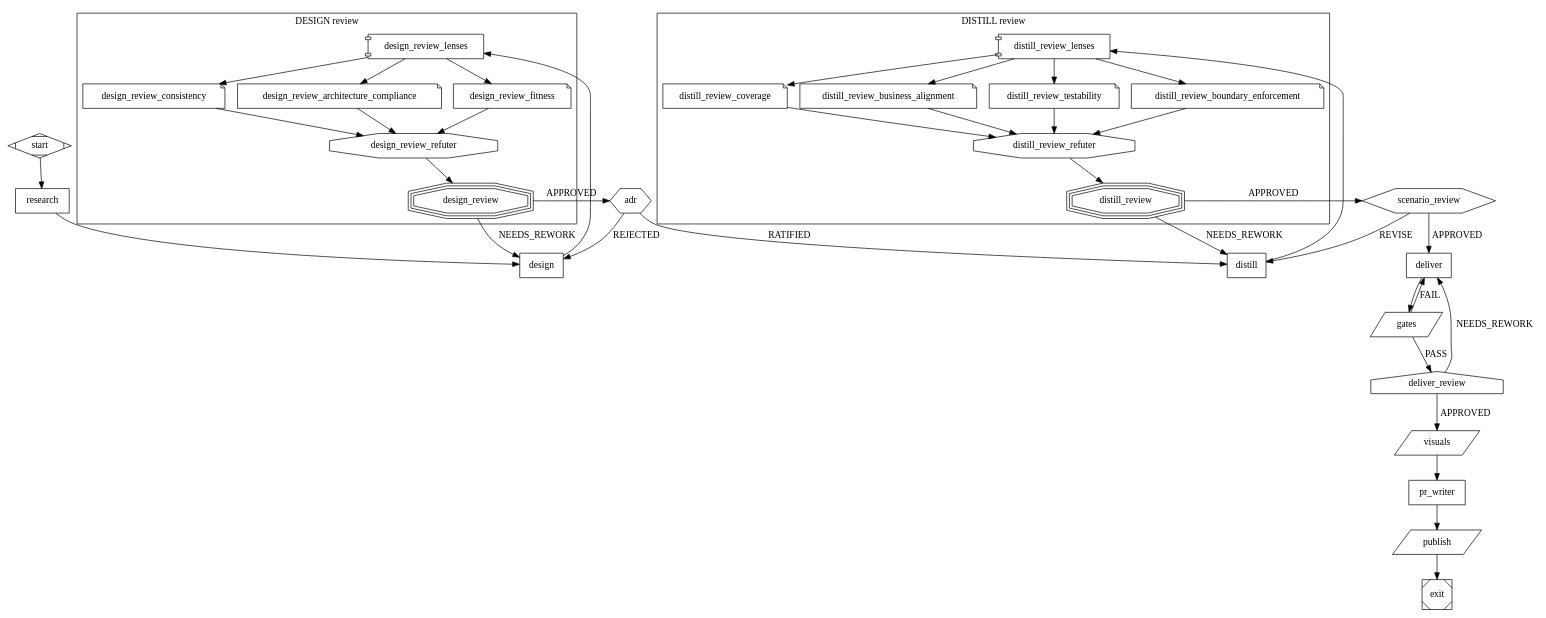
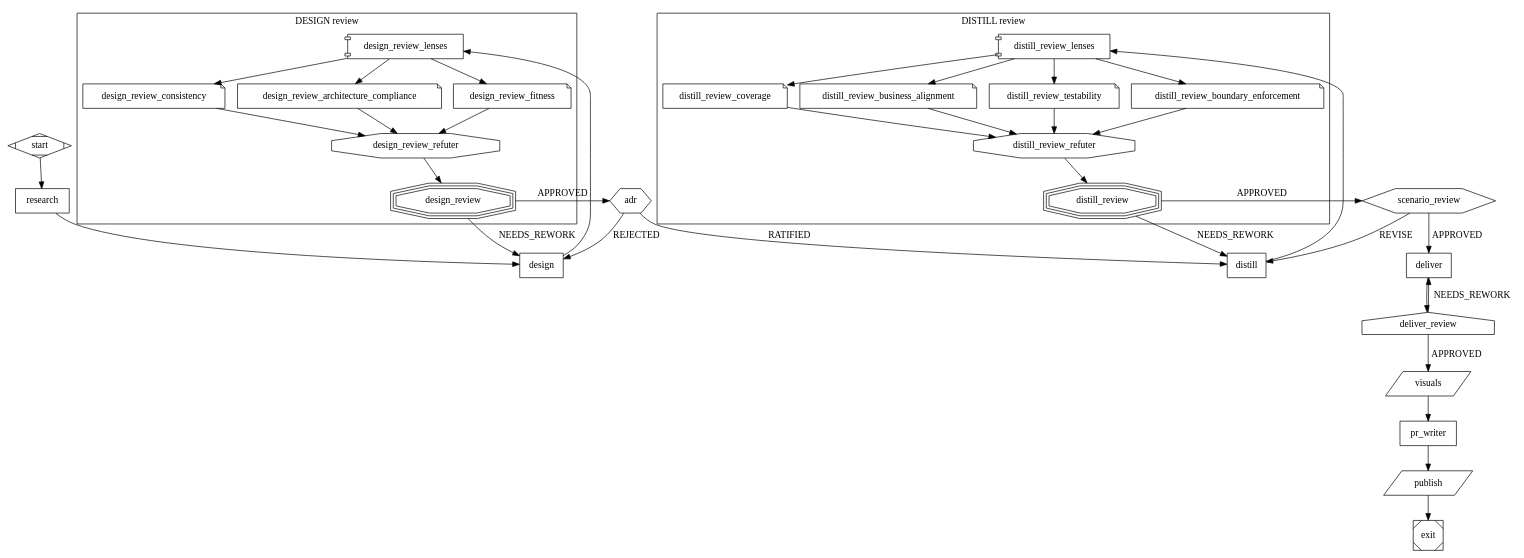
Before and after one commit to SebastienDegodez/skraft-plugin: the diagram in plugins/skraft-framework/workflows/pipeline.skraft.dot, drawn with Graphviz. The commit also changed 144 other files, not shown here.

First line of the commit message:
feat(engine)!: the engine runs no gate and no mutation

```diff
--- a/plugins/skraft-framework/workflows/pipeline.skraft.dot
+++ b/plugins/skraft-framework/workflows/pipeline.skraft.dot
@@ -1,79 +1,75 @@
 // The skraft pipeline. Copy it into .skraft/pipeline.skraft.dot with `skraft workflow eject`, then add
-// agents, lenses, gates or questions; `skraft workflow check` validates it, `skraft workflow diff`
-// compares it with this one. A node marked locked=true can only be dropped with unlock="<reason>"; a node marked
-// mandatory=true can never be dropped, bypassed or weakened, whatever the copy says.
+// agents, lenses or questions; `skraft workflow check` validates it, `skraft workflow diff`
+// compares it with this one. A node marked mandatory=true can never be dropped, bypassed or weakened, whatever the copy says.
 // A review fans out (shape=component) to one lens node per branch (shape=note, lens="<name>", run as the agent `<name>-lens`) joins its branches in the refuter (shape=octagon, finding-refuter, which checks each finding, of any severity) and closes in a fan-in (shape=tripleoctagon) that computes the verdict and carries the APPROVED and NEEDS_REWORK edges. A lens with when="mock" or when="contract" runs only when the changes touch mocks or contracts; one without when always runs. skraft-config.json's `assign` chooses each agent's model family, `models` what a family runs on per host; model= on an agent, a lens or a fan-in (for its lenses that name none) and refuter= on a fan-in name a family too, under `assign.agents`.
 // The DESIGN and DISTILL reviews sit in subgraph clusters, which only group them in a drawing.
 // A house calls another workflow by its base name (workflow="<name>": .skraft/<name>.skraft.dot, else the plugin's) and leaves
 // by the verdict it returns: deliver_review runs review, the review a pull request gets too. The called workflow declares its inputs
 // (input_<name>="required" or "optional"); the call binds each one by name to what the run holds (base, head, story,
 // documents, components), with_<name>="<value>" binding it to another. A called workflow calls no other.
 // A hexagon asks a human: the run waits until `skraft decide` answers.
 // A parallelogram with publish="pull-request" pushes the branch and opens or updates its pull request, on the consent publish.pullRequest of skraft-config.json; a run starts only once /skraft-init has settled it.
 // A parallelogram with publish="playwright-visuals" runs each front end's e2e command and commits the screenshots its manifest lists, on the consent publish.visuals; when="frontend" skips it without a front end, and such a node then needs no consent.
 // The acceptance designer (DISTILL) writes the story's scenarios, the groups its implementation plan delivers them in, the failing walking skeleton and the failing acceptance test of every scenario, in one test commit;
 // the software engineer (DELIVER) makes every group pass in the plan's order in one dispatch and one green commit, the walking skeleton passing too; the engine refuses a second green.
 // scenario-review asks a human, once, to read the scenarios, their groups and the failing tests before DELIVER builds them: APPROVED goes on, REVISE sends DISTILL back with the corrections.
-// The pipeline runs no mutation: mutation testing is the developer's, run apart from the story's pipeline.
+// The pipeline runs no gate and no mutation: the engineer runs each gate through skraft_repl and the engine checks the traced runs of its attempt; mutation testing is a recipe of the developer's session (the skraft-mutation skill).
 digraph skraft {
   graph [version="2", goal="Deliver the story"]
 
   start    [shape=Mdiamond]
   research [shape=box, agent="solution-researcher", phase="RESEARCH"]
   design   [shape=box, agent="solution-architect", phase="DESIGN"]
   subgraph cluster_design_review {
     label="DESIGN review"
     design_review_lenses [shape=component]
     design_review_consistency [shape=note, lens="consistency"]
     design_review_architecture_compliance [shape=note, lens="architecture-compliance"]
     design_review_fitness [shape=note, lens="fitness"]
     design_review_refuter [shape=octagon, mandatory=true]
     design_review [shape=tripleoctagon, mandatory=true]
   }
   adr      [shape=hexagon, question="adr-ratification"]
   distill  [shape=box, agent="acceptance-designer", phase="DISTILL"]
   subgraph cluster_distill_review {
     label="DISTILL review"
     distill_review_lenses [shape=component]
     distill_review_coverage [shape=note, lens="coverage"]
     distill_review_business_alignment [shape=note, lens="business-alignment"]
     distill_review_testability [shape=note, lens="testability"]
     distill_review_boundary_enforcement [shape=note, lens="boundary-enforcement"]
     distill_review_refuter [shape=octagon, mandatory=true]
     distill_review [shape=tripleoctagon, mandatory=true]
   }
   scenario_review [shape=hexagon, question="scenario-review"]
   deliver  [shape=box, agent="software-engineer", phase="DELIVER"]
-  gates    [shape=parallelogram, gate="build,format,lint,test,architecture,coverage", goal_gate=true, locked=true, phase="DELIVER"]
   deliver_review [shape=house, workflow="review", mandatory=true]
   visuals  [shape=parallelogram, publish="playwright-visuals", when="frontend"]
   pr_writer [shape=box, agent="pr-writer", phase="PUBLISH"]
   publish  [shape=parallelogram, publish="pull-request"]
   exit     [shape=Msquare]
 
   start -> research -> design -> design_review_lenses
   design_review_lenses -> design_review_consistency -> design_review_refuter
   design_review_lenses -> design_review_architecture_compliance -> design_review_refuter
   design_review_lenses -> design_review_fitness -> design_review_refuter
   design_review_refuter -> design_review
   design_review -> design  [label="NEEDS_REWORK", max_visits=2]
   design_review -> adr     [label="APPROVED"]
   adr -> distill   [label="RATIFIED"]
   adr -> design    [label="REJECTED", max_visits=1]
   distill -> distill_review_lenses
   distill_review_lenses -> distill_review_coverage -> distill_review_refuter
   distill_review_lenses -> distill_review_business_alignment -> distill_review_refuter
   distill_review_lenses -> distill_review_testability -> distill_review_refuter
   distill_review_lenses -> distill_review_boundary_enforcement -> distill_review_refuter
   distill_review_refuter -> distill_review
   distill_review -> distill [label="NEEDS_REWORK", max_visits=2]
   distill_review -> scenario_review [label="APPROVED"]
   scenario_review -> deliver [label="APPROVED"]
   scenario_review -> distill [label="REVISE", max_visits=2]
-  deliver -> gates
-  gates -> deliver [label="FAIL", max_visits=3]
-  gates -> deliver_review [label="PASS"]
+  deliver -> deliver_review
   deliver_review -> deliver [label="NEEDS_REWORK", max_visits=2]
   deliver_review -> visuals [label="APPROVED"]
   visuals -> pr_writer -> publish -> exit
 }
```
